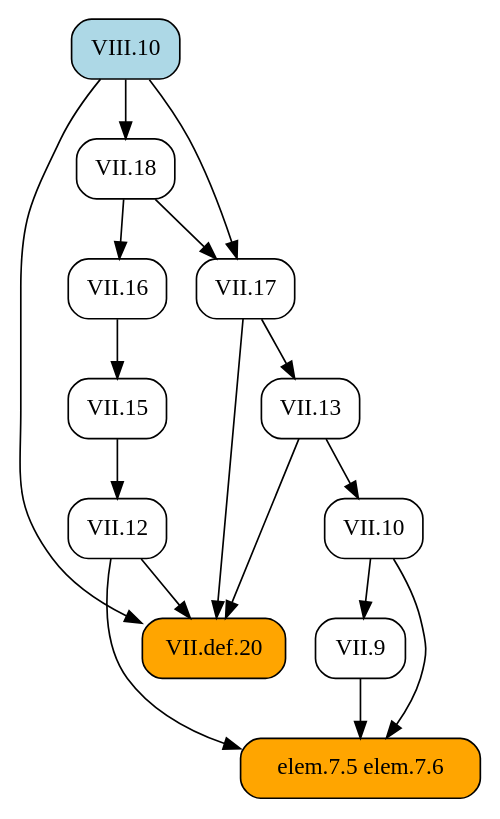
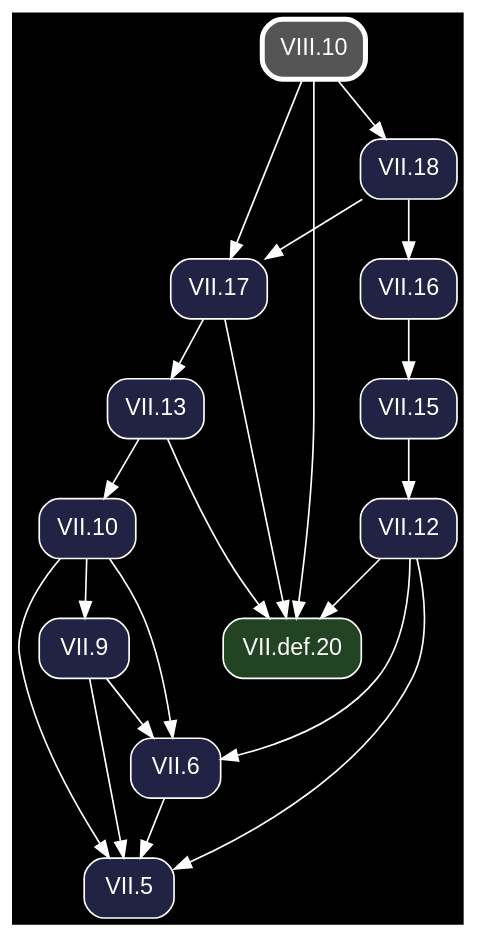
The diagram in docsrc/heath/VIII/10/index.rst (geometor/elements), drawn with Graphviz before and after one commit. The commit also changed other lines of this file and 1200 other files, not shown here.

Commit message:
update dependency graphs

```diff
--- a/docsrc/heath/VIII/10/index.rst
+++ b/docsrc/heath/VIII/10/index.rst
@@ -74,33 +74,40 @@
 .. graphviz::
 
    digraph {
+     bgcolor="black";
+     node [shape=box, style="rounded,filled", fontname="Helvetica", color="white", fontcolor="white"];
+     edge [color="white", fontcolor="white"];
      rankdir="TB";
-     node [shape=box, style=rounded];
-     "VII.13" [URL="/heath/VII/13/", target="_top"];
-     "VII.12" [URL="/heath/VII/12/", target="_top"];
-     "elem.7.5 elem.7.6" [style="rounded,filled", fillcolor=orange];
-     "VII.9" [URL="/heath/VII/9/", target="_top"];
-     "VII.18" [URL="/heath/VII/18/", target="_top"];
-     "VII.16" [URL="/heath/VII/16/", target="_top"];
-     "VIII.10" [style="rounded,filled", fillcolor=lightblue, URL="/heath/VIII/10/", target="_top"];
-     "VII.17" [URL="/heath/VII/17/", target="_top"];
-     "VII.def.20" [style="rounded,filled", fillcolor=orange, URL="/heath/VII/def.20/", target="_top"];
-     "VII.15" [URL="/heath/VII/15/", target="_top"];
-     "VII.10" [URL="/heath/VII/10/", target="_top"];
+     "VII.13" [fillcolor="#222244", URL="/heath/VII/13/", target="_top"];
+     "VII.10" [fillcolor="#222244", URL="/heath/VII/10/", target="_top"];
+     "VII.18" [fillcolor="#222244", URL="/heath/VII/18/", target="_top"];
+     "VII.17" [fillcolor="#222244", URL="/heath/VII/17/", target="_top"];
+     "VII.5" [fillcolor="#222244", URL="/heath/VII/5/", target="_top"];
+     "VII.def.20" [fillcolor="#224422", URL="/heath/VII/def.20/", target="_top"];
+     "VII.9" [fillcolor="#222244", URL="/heath/VII/9/", target="_top"];
+     "VIII.10" [penwidth=3, color="white", fillcolor="#555555", URL="/heath/VIII/10/", target="_top"];
+     "VII.12" [fillcolor="#222244", URL="/heath/VII/12/", target="_top"];
+     "VII.6" [fillcolor="#222244", URL="/heath/VII/6/", target="_top"];
+     "VII.16" [fillcolor="#222244", URL="/heath/VII/16/", target="_top"];
+     "VII.15" [fillcolor="#222244", URL="/heath/VII/15/", target="_top"];
      "VII.17" -> "VII.13";
-     "VII.15" -> "VII.12";
-     "VII.9" -> "elem.7.5 elem.7.6";
-     "VII.10" -> "elem.7.5 elem.7.6";
-     "VII.12" -> "elem.7.5 elem.7.6";
-     "VII.10" -> "VII.9";
+     "VII.13" -> "VII.10";
      "VIII.10" -> "VII.18";
-     "VII.18" -> "VII.16";
      "VII.18" -> "VII.17";
      "VIII.10" -> "VII.17";
+     "VII.6" -> "VII.5";
+     "VII.9" -> "VII.5";
+     "VII.10" -> "VII.5";
+     "VII.12" -> "VII.5";
      "VII.12" -> "VII.def.20";
      "VII.13" -> "VII.def.20";
      "VII.17" -> "VII.def.20";
      "VIII.10" -> "VII.def.20";
+     "VII.10" -> "VII.9";
+     "VII.15" -> "VII.12";
+     "VII.9" -> "VII.6";
+     "VII.10" -> "VII.6";
+     "VII.12" -> "VII.6";
+     "VII.18" -> "VII.16";
      "VII.16" -> "VII.15";
-     "VII.13" -> "VII.10";
    }
```
